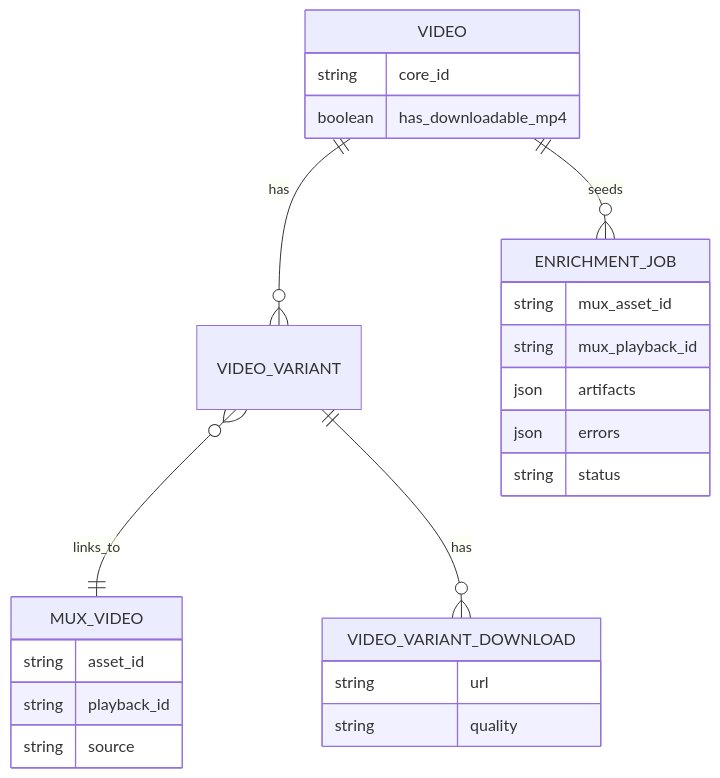
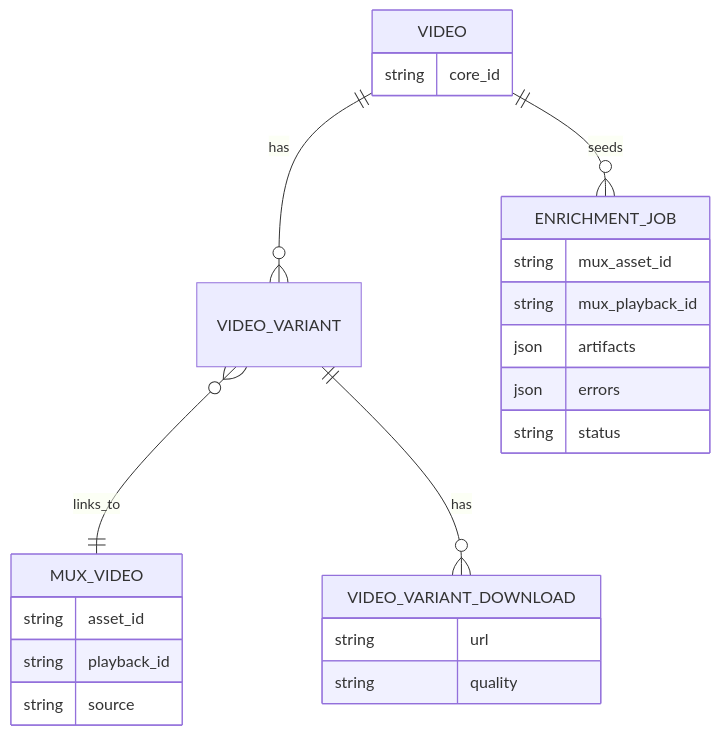
One commit to JesusFilm/forge changed the second of 2 diagrams in docs/plans/2026-04-01-feat-stage-materialization-for-snapshot-enrichment-plan.md. Above: the diagram before and after it, drawn with Mermaid. The commit also changed other lines of this file and 17 other files, not shown here.

````diff
--- a/docs/plans/2026-04-01-feat-stage-materialization-for-snapshot-enrichment-plan.md
+++ b/docs/plans/2026-04-01-feat-stage-materialization-for-snapshot-enrichment-plan.md
@@ -306,31 +297,30 @@
 ```mermaid
 erDiagram
   VIDEO ||--o{ VIDEO_VARIANT : has
   VIDEO_VARIANT }o--|| MUX_VIDEO : links_to
   VIDEO_VARIANT ||--o{ VIDEO_VARIANT_DOWNLOAD : has
   VIDEO ||--o{ ENRICHMENT_JOB : seeds
 
   VIDEO {
     string core_id
-    boolean has_downloadable_mp4
   }
 
   MUX_VIDEO {
     string asset_id
     string playback_id
     string source
   }
 
   VIDEO_VARIANT_DOWNLOAD {
     string url
     string quality
   }
 
   ENRICHMENT_JOB {
     string mux_asset_id
     string mux_playback_id
     json artifacts
     json errors
     string status
   }
 ```
````
